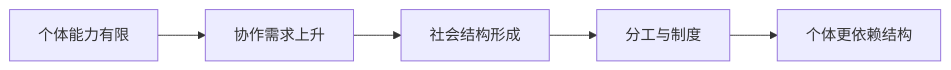
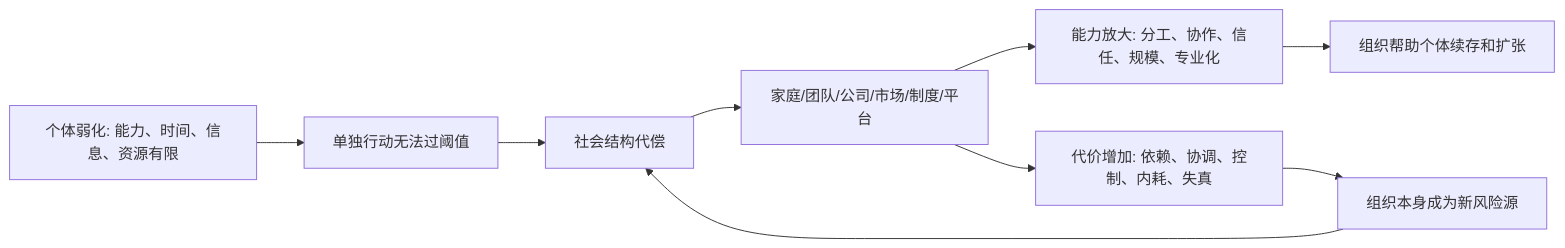
One commit to digoal/blog changed the diagram in 202605/20260518_53.md. Above: the diagram before and after it, drawn with Mermaid. The commit also changed other lines of this file and 16 other files, not shown here.

````diff
--- a/202605/20260518_53.md
+++ b/202605/20260518_53.md
@@ -22,7 +22,11 @@
 ```mermaid
 flowchart LR
-  A["个体能力有限"] --> B["协作需求上升"]
-  B --> C["社会结构形成"]
-  C --> D["分工与制度"]
-  D --> E["个体更依赖结构"]
+  A["个体弱化: 能力、时间、信息、资源有限"] --> B["单独行动无法过阈值"]
+  B --> C["社会结构代偿"]
+  C --> D["家庭/团队/公司/市场/制度/平台"]
+  D --> E["能力放大: 分工、协作、信任、规模、专业化"]
+  D --> F["代价增加: 依赖、协调、控制、内耗、失真"]
+  E --> G["组织帮助个体续存和扩张"]
+  F --> H["组织本身成为新风险源"]
+  H --> C
 ```
````
